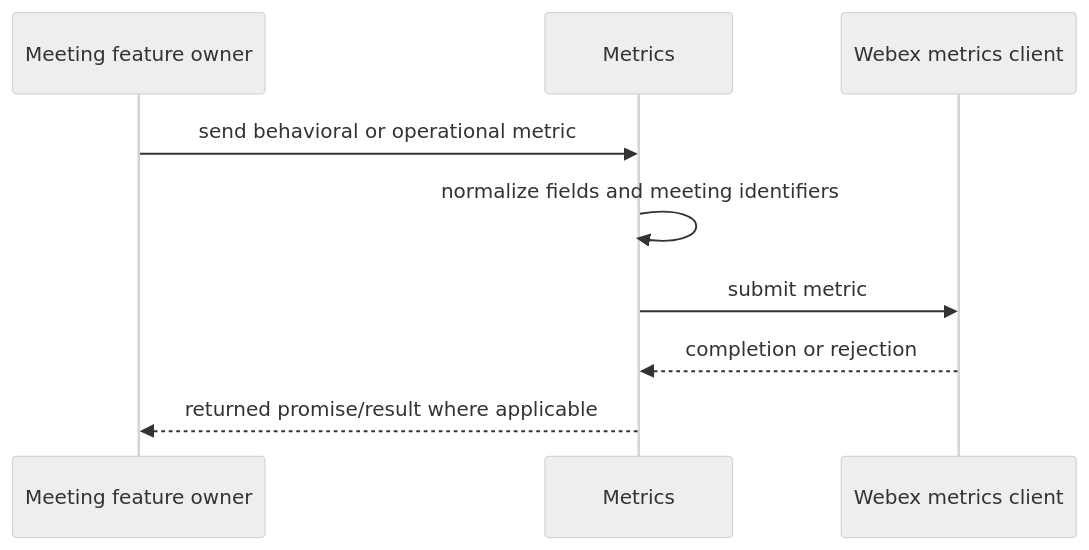
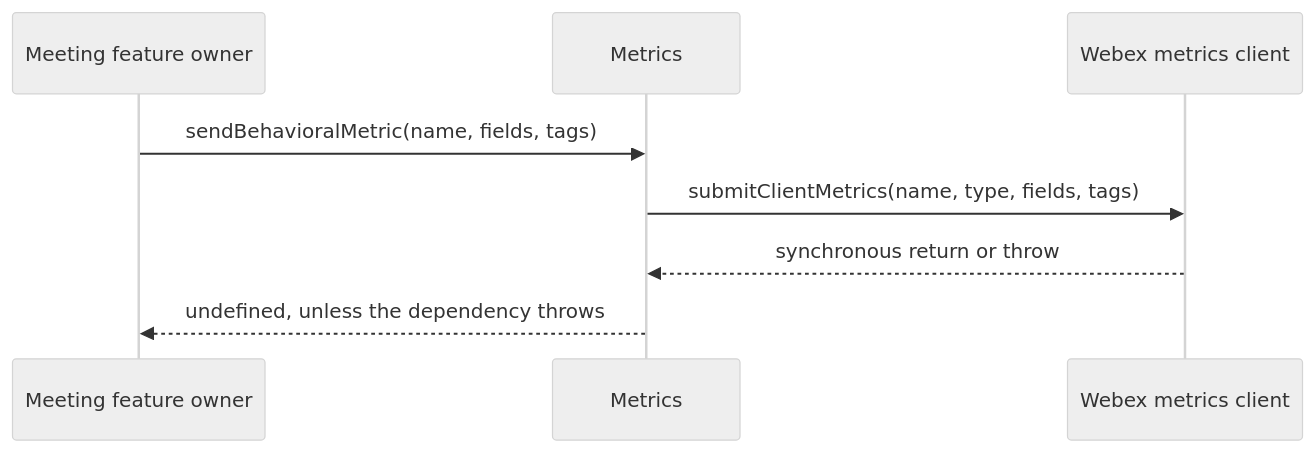
One commit to webex/webex-js-sdk changed the second of 4 diagrams in packages/@webex/plugin-meetings/src/metrics/ai-docs/metrics-spec.md. Above: the diagram before and after it, drawn with Mermaid (neutral theme). The commit also changed other lines of this file and 24 other files, not shown here.

````diff
--- a/packages/@webex/plugin-meetings/src/metrics/ai-docs/metrics-spec.md
+++ b/packages/@webex/plugin-meetings/src/metrics/ai-docs/metrics-spec.md
@@ -116,11 +115,10 @@
 ```mermaid
 sequenceDiagram
   participant O as Meeting feature owner
   participant M as Metrics
   participant W as Webex metrics client
-  O->>M: send behavioral or operational metric
-  M->>M: normalize fields and meeting identifiers
-  M->>W: submit metric
-  W-->>M: completion or rejection
-  M-->>O: returned promise/result where applicable
+  O->>M: sendBehavioralMetric(name, fields, tags)
+  M->>W: submitClientMetrics(name, type, fields, tags)
+  W-->>M: synchronous return or throw
+  M-->>O: undefined, unless the dependency throws
 ```
````
